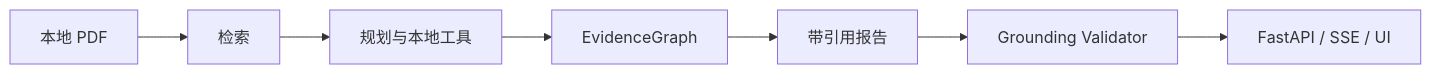
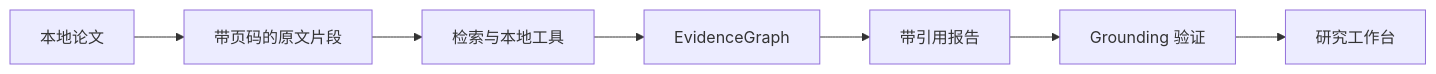
Before and after one commit to jun346105-art/research-literature-workflow: the diagram in README.zh-CN.md, drawn with Mermaid. The commit also changed other lines of this file and 31 other files, not shown here.

````diff
--- a/README.zh-CN.md
+++ b/README.zh-CN.md
@@ -69,9 +59,9 @@
 ```mermaid
 flowchart LR
-  A[本地 PDF] --> B[检索]
-  B --> C[规划与本地工具]
+  A[本地论文] --> B[带页码的原文片段]
+  B --> C[检索与本地工具]
   C --> D[EvidenceGraph]
   D --> E[带引用报告]
-  E --> F[Grounding Validator]
-  F --> G[FastAPI / SSE / UI]
+  E --> F[Grounding 验证]
+  F --> G[研究工作台]
 ```
````
